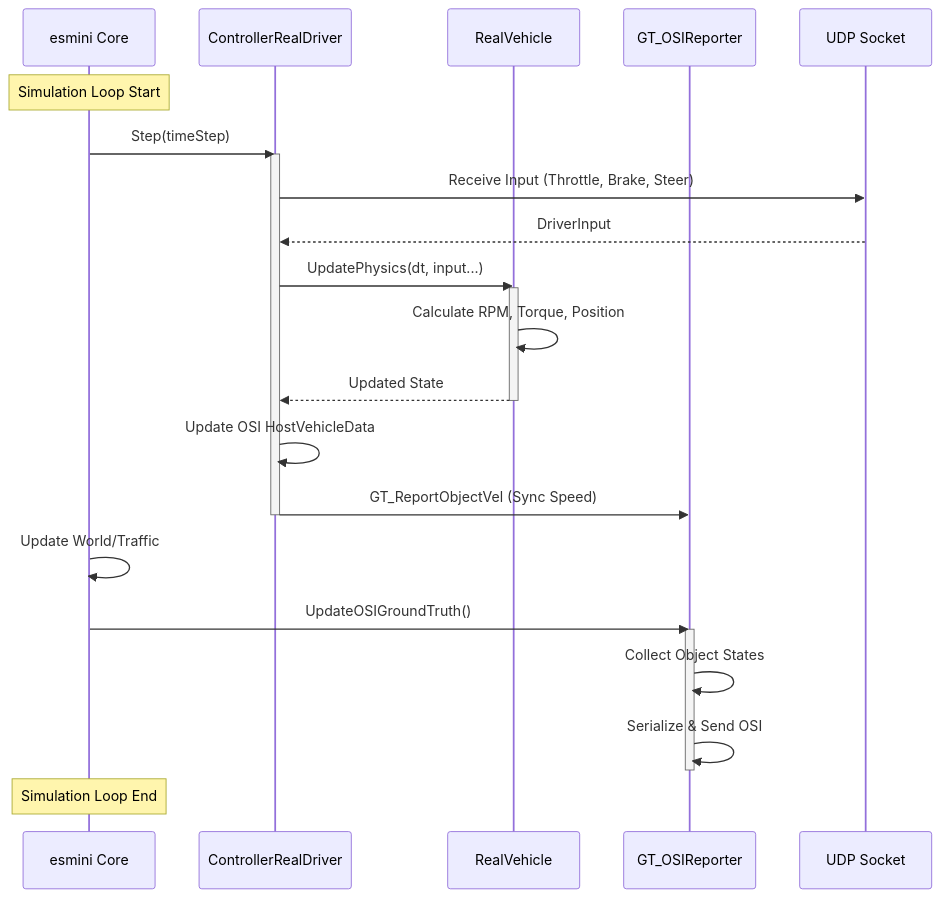
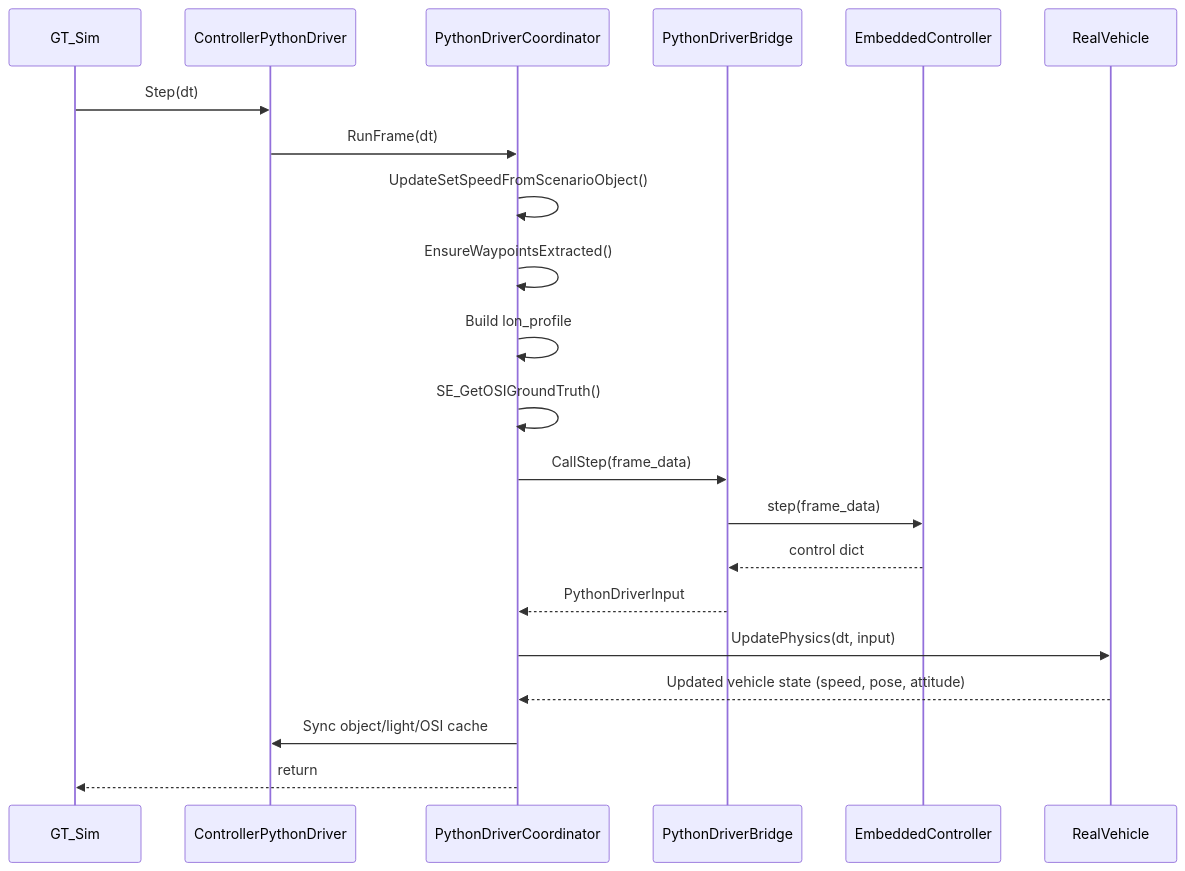
Before and after one commit to GT-karny/esmini: the second of 2 diagrams in GT_esmini/docs/15_system_structure.md, drawn with Mermaid. The commit also changed other lines of this file and 20 other files, not shown here.

````diff
--- a/GT_esmini/docs/15_system_structure.md
+++ b/GT_esmini/docs/15_system_structure.md
@@ -95,38 +89,24 @@
 ```mermaid
 sequenceDiagram
-    participant esmini as esmini Core
-    participant CTRL as ControllerRealDriver
-    participant VEH as RealVehicle
-    participant REP as GT_OSIReporter
-    participant UDP as UDP Socket
+    participant SIM as GT_Sim
+    participant CTRL as ControllerPythonDriver
+    participant COORD as PythonDriverCoordinator
+    participant BR as PythonDriverBridge
+    participant PY as EmbeddedController
+    participant RV as RealVehicle
 
-    Note over esmini: Simulation Loop Start
-
-    esmini->>CTRL: Step(timeStep)
-    activate CTRL
-    
-    CTRL->>UDP: Receive Input (Throttle, Brake, Steer)
-    UDP-->>CTRL: DriverInput
-    
-    CTRL->>VEH: UpdatePhysics(dt, input...)
-    activate VEH
-    VEH->>VEH: Calculate RPM, Torque, Position
-    VEH-->>CTRL: Updated State
-    deactivate VEH
-    
-    CTRL->>CTRL: Update OSI HostVehicleData
-    
-    CTRL->>REP: GT_ReportObjectVel (Sync Speed)
-    
-    deactivate CTRL
-
-    esmini->>esmini: Update World/Traffic
-
-    esmini->>REP: UpdateOSIGroundTruth()
-    activate REP
-    REP->>REP: Collect Object States
-    REP->>REP: Serialize & Send OSI
-    deactivate REP
-
-    Note over esmini: Simulation Loop End
+    SIM->>CTRL: Step(dt)
+    CTRL->>COORD: RunFrame(dt)
+    COORD->>COORD: UpdateSetSpeedFromScenarioObject()
+    COORD->>COORD: EnsureWaypointsExtracted()
+    COORD->>COORD: Build lon_profile
+    COORD->>COORD: SE_GetOSIGroundTruth()
+    COORD->>BR: CallStep(frame_data)
+    BR->>PY: step(frame_data)
+    PY-->>BR: control dict
+    BR-->>COORD: PythonDriverInput
+    COORD->>RV: UpdatePhysics(dt, input)
+    RV-->>COORD: Updated vehicle state (speed, pose, attitude)
+    COORD->>CTRL: Sync object/light/OSI cache
+    COORD-->>SIM: return
 ```
````
